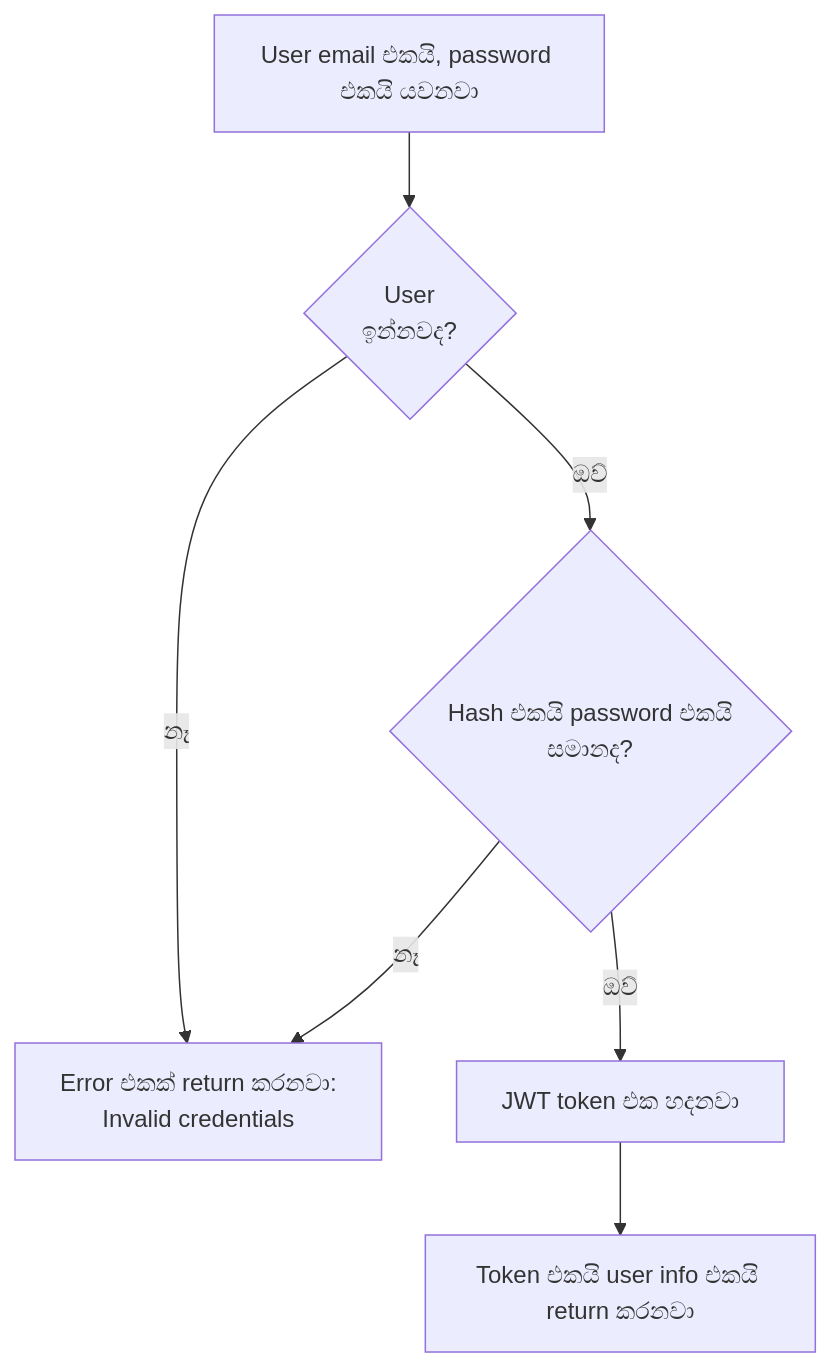
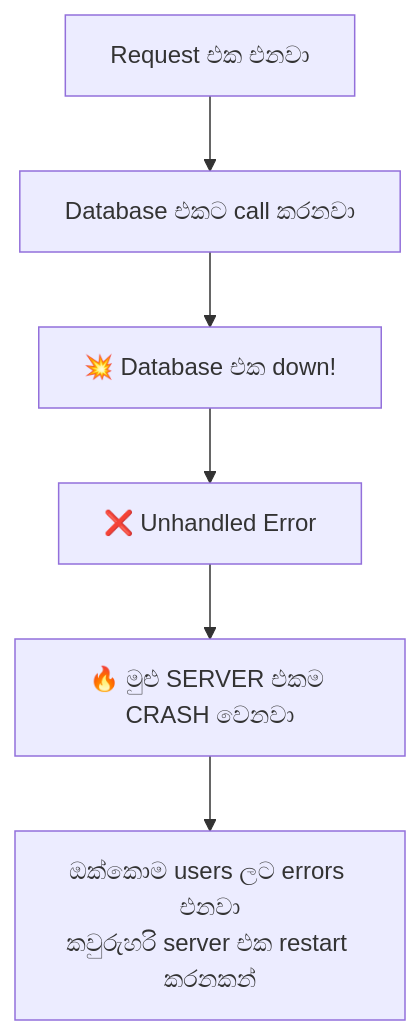
Before and after one commit to Nimsika-Bosilu/designHer_2.0-Student-Attendance-Management-System: diagram 20 of 33 in backend/sinhala-translation-document/README.md, drawn with Mermaid. The commit also changed other lines of this file and 28 other files, not shown here.

````diff
--- a/backend/sinhala-translation-document/README.md
+++ b/backend/sinhala-translation-document/README.md
@@ -944,9 +1088,8 @@
 ```mermaid
 flowchart TD
-    A["User email එකයි, password එකයි යවනවා"] --> B{"User\nඉන්නවද?"}
-    B -->|"නෑ"| C["Error එකක් return කරනවා:\nInvalid credentials"]
-    B -->|"ඔව්"| D{"Hash එකයි password එකයි\nසමානද?"}
-    D -->|"නෑ"| C
-    D -->|"ඔව්"| E["JWT token එක හදනවා"]
-    E --> F["Token එකයි user info එකයි return කරනවා"]
+    A["Request එක එනවා"] --> B["Database එකට call කරනවා"]
+    B --> C["💥 Database එක down!"]
+    C --> D["❌ Unhandled Error"]
+    D --> E["🔥 මුළු SERVER එකම CRASH වෙනවා"]
+    E --> F["ඔක්කොම users ලට errors එනවා\nකවුරුහරි server එක restart කරනකන්"]
 ```
````
